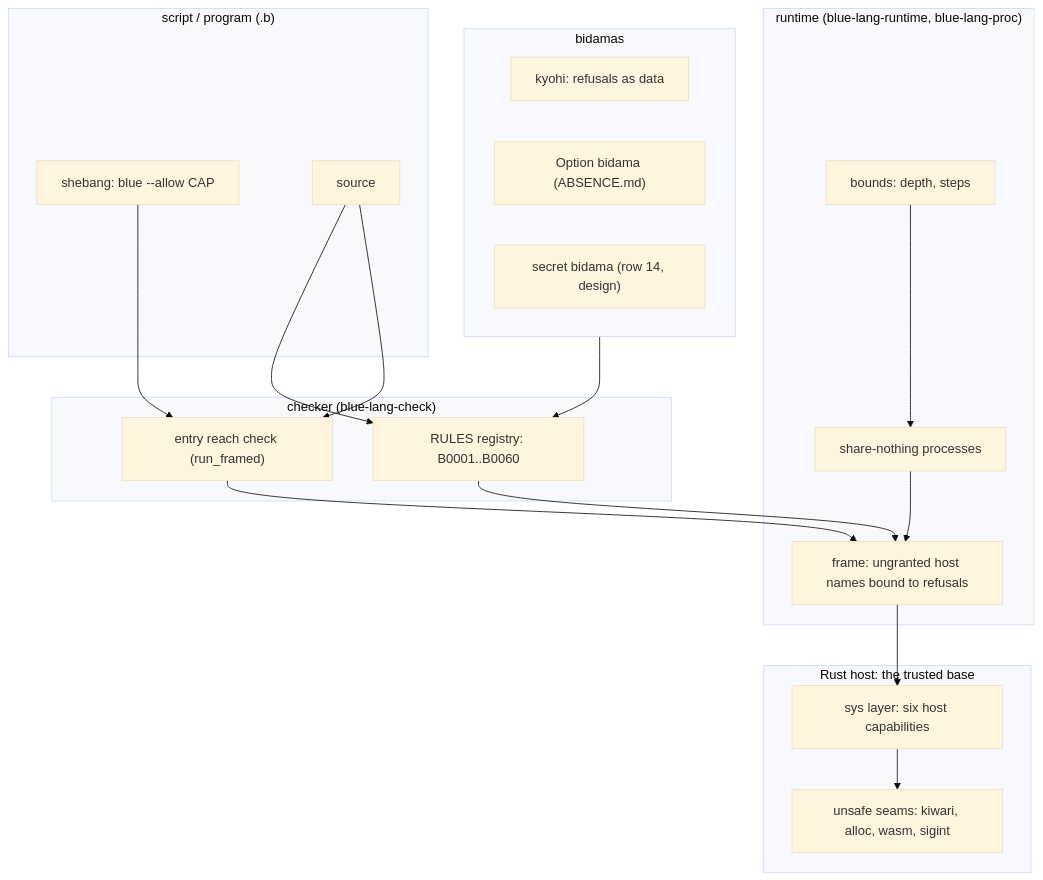
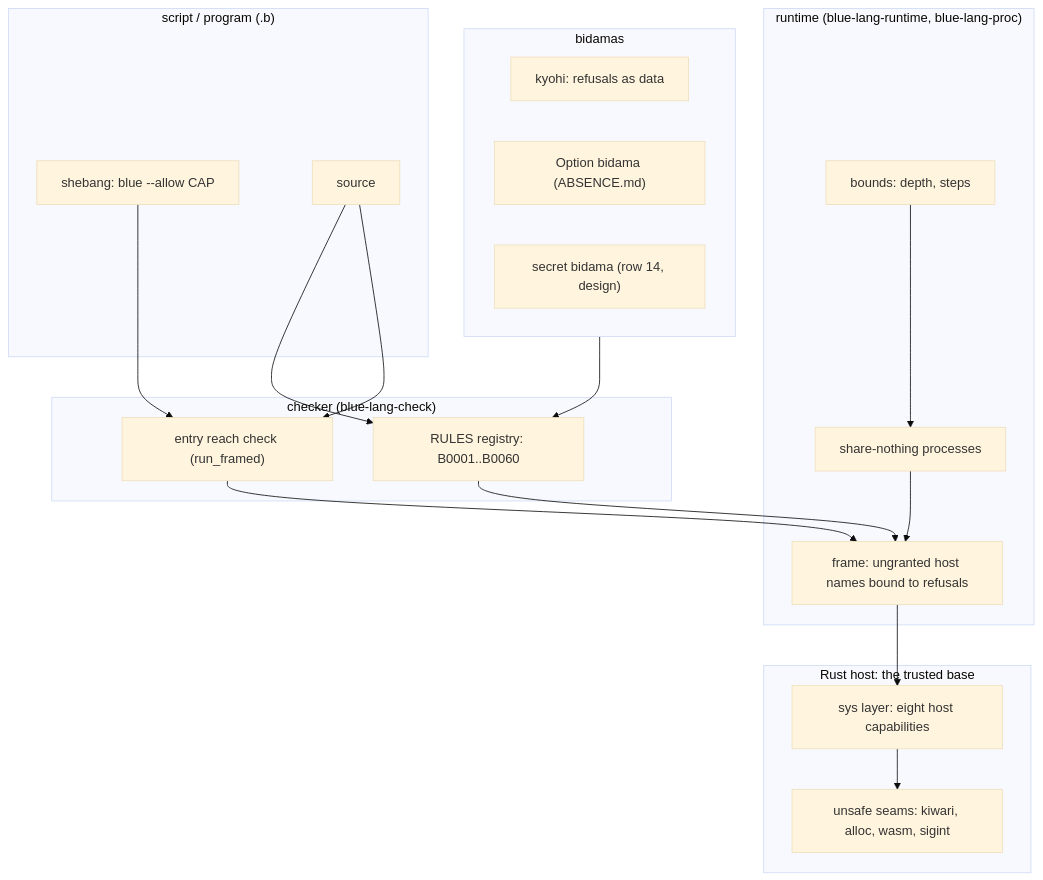
One commit to pleme-io/blue changed the first of 3 diagrams in docs/SAFETY.md. Above: the diagram before and after it, drawn with Mermaid (base theme). The commit also changed other lines of this file and 34 other files, not shown here.

````diff
--- a/docs/SAFETY.md
+++ b/docs/SAFETY.md
@@ -532,35 +552,35 @@
 ```mermaid
 flowchart TB
   subgraph S["script / program (.b)"]
     SB["shebang: blue --allow CAP"]
     SRC["source"]
   end
   subgraph B["bidamas"]
     KY["kyohi: refusals as data"]
     OPT["Option bidama (ABSENCE.md)"]
     SEC["secret bidama (row 14, design)"]
   end
   subgraph C["checker (blue-lang-check)"]
     RULES["RULES registry: B0001..B0060"]
     REACH["entry reach check (run_framed)"]
   end
   subgraph R["runtime (blue-lang-runtime, blue-lang-proc)"]
     FRAME["frame: ungranted host names bound to refusals"]
     BOUNDS["bounds: depth, steps"]
     PROC["share-nothing processes"]
   end
   subgraph H["Rust host: the trusted base"]
-    SYS["sys layer: six host capabilities"]
+    SYS["sys layer: eight host capabilities"]
     SEAMS["unsafe seams: kiwari, alloc, wasm, sigint"]
   end
   SB --> REACH
   SRC --> RULES
   SRC --> REACH
   B --> RULES
   RULES --> FRAME
   REACH --> FRAME
   FRAME --> SYS
   PROC --> FRAME
   BOUNDS --> PROC
   SYS --> SEAMS
 ```
````
